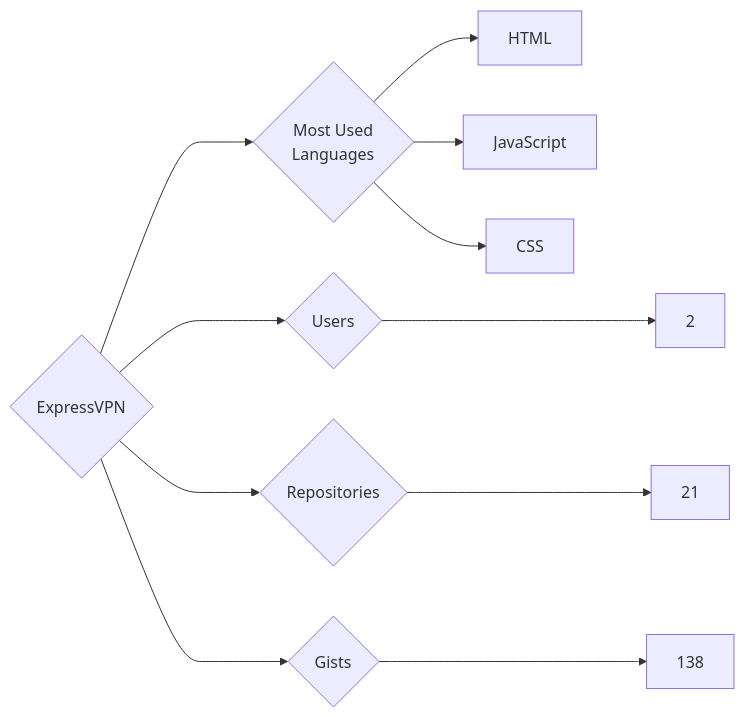
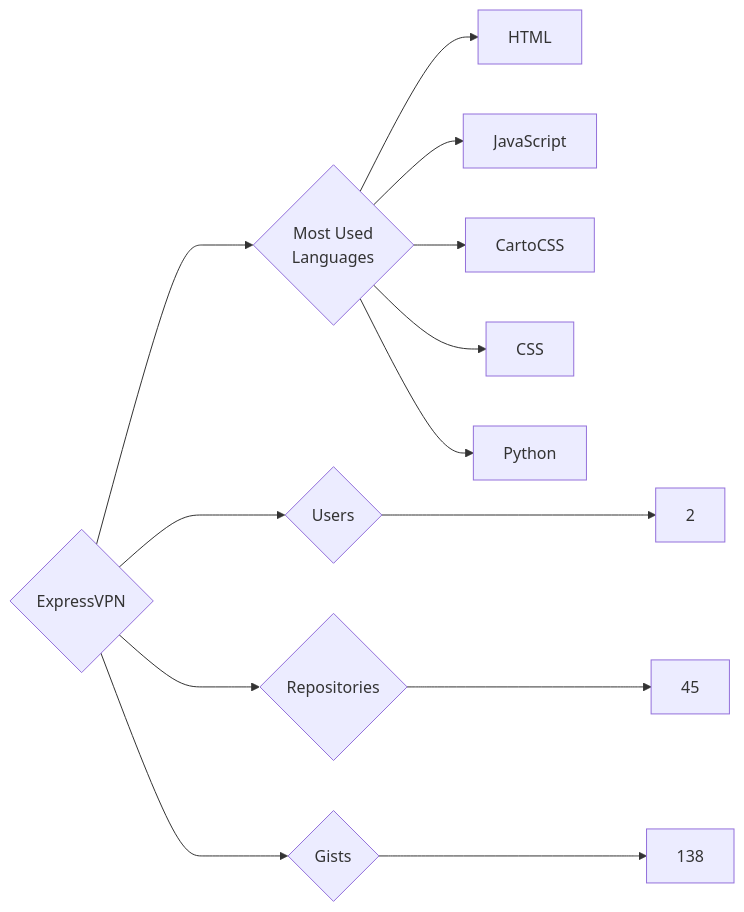
The diagram in targets/ExpressVPN/README.md (trickest/insiders), drawn with Mermaid before and after one commit. The commit also changed 1003 other files, not shown here.

````diff
--- a/targets/ExpressVPN/README.md
+++ b/targets/ExpressVPN/README.md
@@ -3,11 +3,13 @@
 ```mermaid
 graph LR
 COMPANY_NAME{ExpressVPN}
 COMPANY_NAME ---> U{Users} ---> UN[2]
-COMPANY_NAME ---> R{Repositories} ---> RN[21]
+COMPANY_NAME ---> R{Repositories} ---> RN[45]
 COMPANY_NAME ---> G{Gists} ---> GN[138]
 COMPANY_NAME ---> ML{Most Used<br>Languages}
 ML --> HTML[HTML]
 ML --> JavaScript[JavaScript]
+ML --> CartoCSS[CartoCSS]
 ML --> CSS[CSS]
+ML --> Python[Python]
 ```
````
